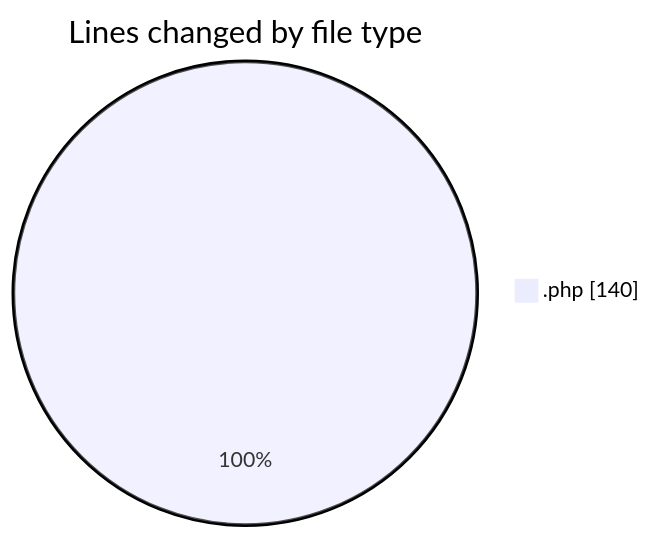
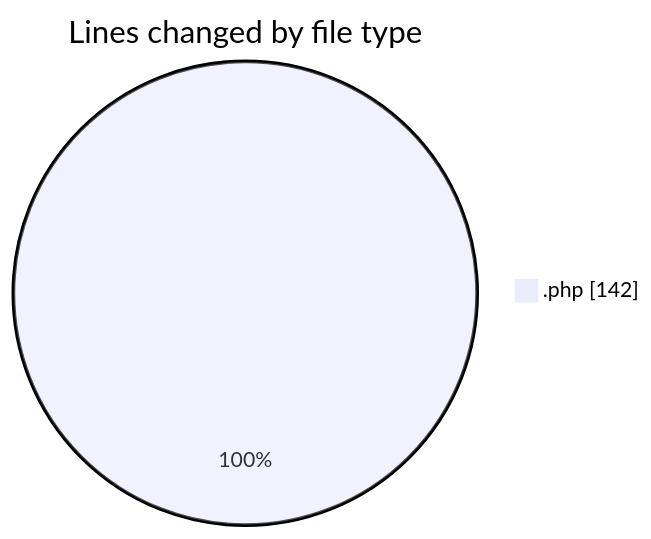
The first of 2 diagrams in 2025-06-10/qrcodejs-master/README.md (LanceThiago/code-tracking), drawn with Mermaid before and after one commit. The commit also changed other lines of this file and 1 other file, not shown here.

````diff
--- a/2025-06-10/qrcodejs-master/README.md
+++ b/2025-06-10/qrcodejs-master/README.md
@@ -20,5 +20,5 @@
 ```mermaid
 pie showData
 title Lines changed by file type
-".php" : 140
+".php" : 142
 ```
````
